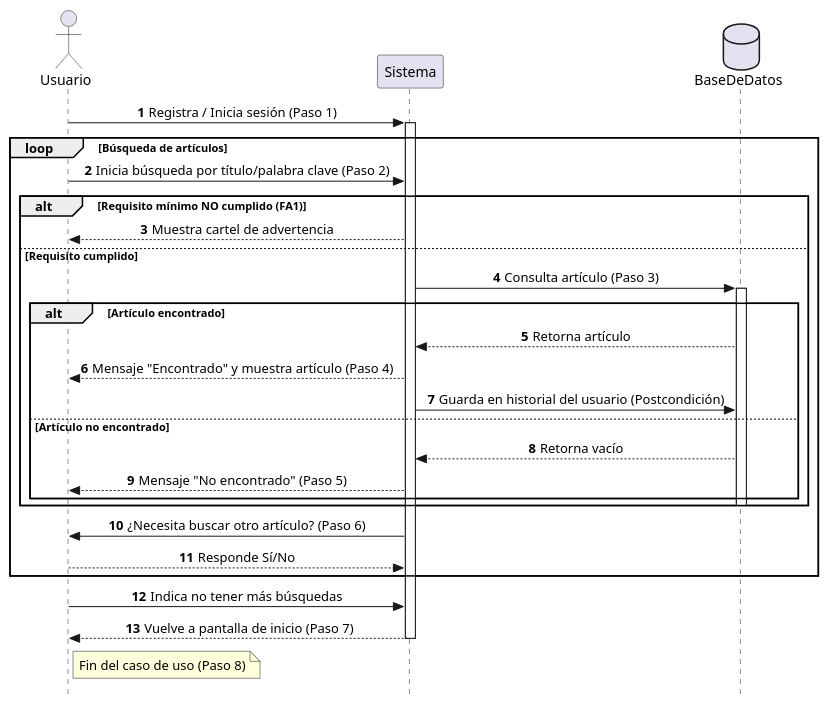
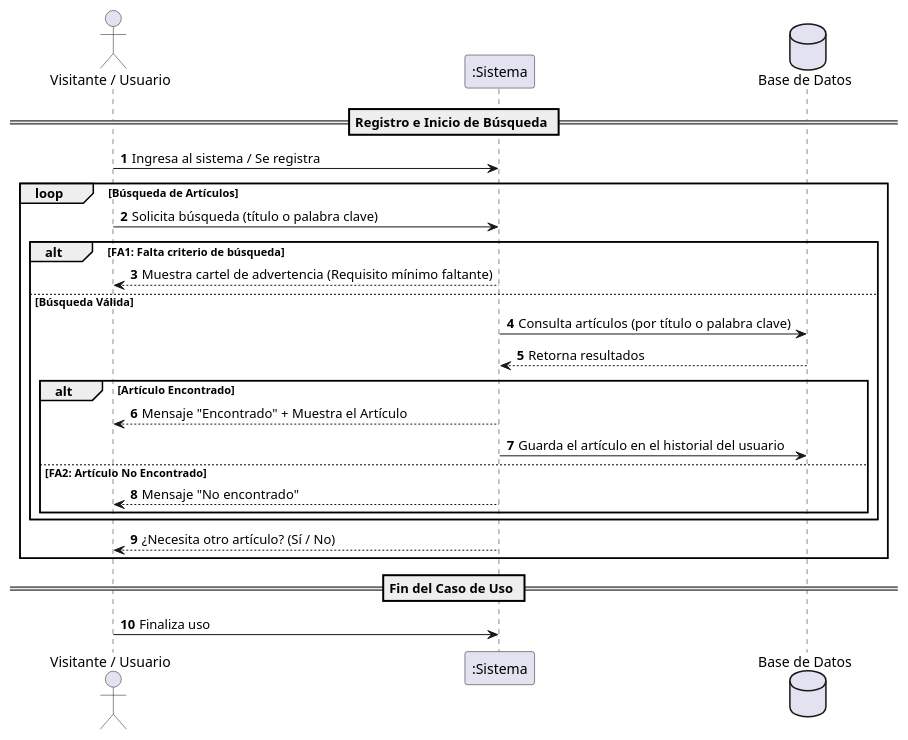
One commit to Jesica1487/examen-final-modelado-software-2027 changed the diagram in parte2-diseno-practico/diagrama-secuencia.md. Above: the diagram before and after it, drawn with PlantUML. The commit also changed other lines of this file, not shown here.

Commit message:
diagrama de secuencia
diagrama de secuencia

```diff
--- a/parte2-diseno-practico/diagrama-secuencia.md
+++ b/parte2-diseno-practico/diagrama-secuencia.md
@@ -7,44 +7,34 @@
 @startuml
-' Configuraciones visuales (opcional, para que se vea más profesional)
-skinparam style strictuml
-skinparam SequenceMessageAlignment center
+autonumber
+skinparam BoxPadding 10
+skinparam ParticipantPadding 10
 
-autonumber
-actor Usuario
-participant Sistema
-database BaseDeDatos
+actor "Visitante / Usuario" as Usuario
+participant ":Sistema" as Sistema
+database "Base de Datos" as DB
 
-Usuario -> Sistema: Registra / Inicia sesión (Paso 1)
-activate Sistema
-
-loop Búsqueda de artículos
-
-    Usuario -> Sistema: Inicia búsqueda por título/palabra clave (Paso 2)
+== Registro e Inicio de Búsqueda ==
+Usuario -> Sistema: Ingresa al sistema / Se registra
+loop Búsqueda de Artículos
+    Usuario -> Sistema: Solicita búsqueda (título o palabra clave)
     
-    alt Requisito mínimo NO cumplido (FA1)
-        Sistema --> Usuario: Muestra cartel de advertencia
-    else Requisito cumplido
-        Sistema -> BaseDeDatos: Consulta artículo (Paso 3)
-        activate BaseDeDatos
+    alt FA1: Falta criterio de búsqueda
+        Sistema --> Usuario: Muestra cartel de advertencia (Requisito mínimo faltante)
+    else Búsqueda Válida
+        Sistema -> DB: Consulta artículos (por título o palabra clave)
+        DB --> Sistema: Retorna resultados
         
-        alt Artículo encontrado
-            BaseDeDatos --> Sistema: Retorna artículo
-            Sistema --> Usuario: Mensaje "Encontrado" y muestra artículo (Paso 4)
-            Sistema -> BaseDeDatos: Guarda en historial del usuario (Postcondición)
-        else Artículo no encontrado
-            BaseDeDatos --> Sistema: Retorna vacío
-            Sistema --> Usuario: Mensaje "No encontrado" (Paso 5)
+        alt Artículo Encontrado
+            Sistema --> Usuario: Mensaje "Encontrado" + Muestra el Artículo
+            Sistema -> DB: Guarda el artículo en el historial del usuario
+        else FA2: Artículo No Encontrado
+            Sistema --> Usuario: Mensaje "No encontrado"
         end
-        deactivate BaseDeDatos
     end
     
-    Sistema -> Usuario: ¿Necesita buscar otro artículo? (Paso 6)
-    Usuario --> Sistema: Responde Sí/No
+    Sistema --> Usuario: ¿Necesita otro artículo? (Sí / No)
 end
 
-Usuario -> Sistema: Indica no tener más búsquedas
-Sistema --> Usuario: Vuelve a pantalla de inicio (Paso 7)
-deactivate Sistema
-
-note right of Usuario: Fin del caso de uso (Paso 8)
+== Fin del Caso de Uso ==
+Usuario -> Sistema: Finaliza uso
 @enduml
```
